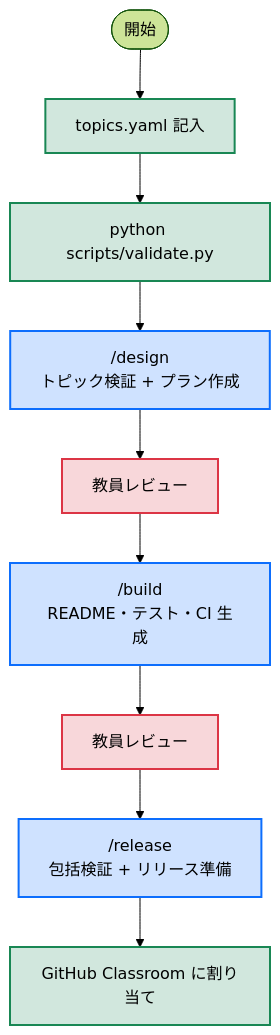
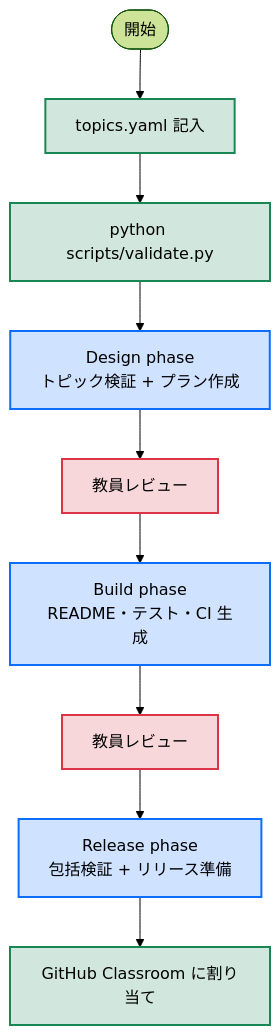
Before and after one commit to mito-ac-25class/Meta-Template-for-Assignment: the diagram in README.md, drawn with Mermaid (forest theme). The commit also changed other lines of this file and 27 other files, not shown here.

````diff
--- a/README.md
+++ b/README.md
@@ -40,19 +43,19 @@
 ```mermaid
 flowchart TD
     Start([開始]) --> Topics[topics.yaml 記入]
     Topics --> Validate[python scripts/validate.py]
-    Validate --> Design["/design<br/>トピック検証 + プラン作成"]
+    Validate --> Design["Design phase<br/>トピック検証 + プラン作成"]
     Design --> Review1[教員レビュー]
-    Review1 --> Build["/build<br/>README・テスト・CI 生成"]
+    Review1 --> Build["Build phase<br/>README・テスト・CI 生成"]
     Build --> Review2[教員レビュー]
-    Review2 --> Release["/release<br/>包括検証 + リリース準備"]
+    Review2 --> Release["Release phase<br/>包括検証 + リリース準備"]
     Release --> Classroom[GitHub Classroom に割り当て]
 
     classDef agentStep fill:#cfe2ff,stroke:#0d6efd,stroke-width:2px,color:#000
     classDef reviewStep fill:#f8d7da,stroke:#dc3545,stroke-width:2px,color:#000
     classDef manualStep fill:#d1e7dd,stroke:#198754,stroke-width:2px,color:#000
 
     class Design,Build,Release agentStep
     class Review1,Review2 reviewStep
     class Topics,Validate,Classroom manualStep
 ```
````
